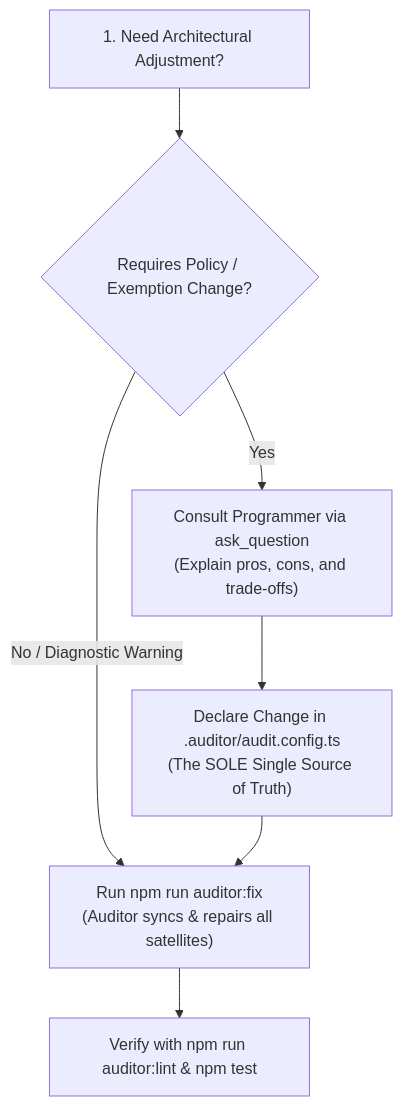
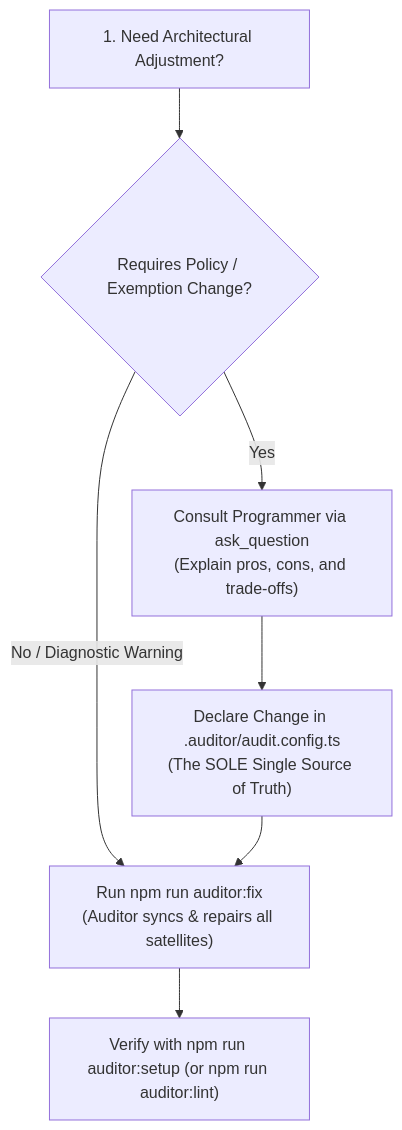
One commit to francogp/auditor changed the second of 2 diagrams in .agents/skills/auditor/references/satellite-configs-sovereignty-guide.md. Above: the diagram before and after it, drawn with Mermaid. The commit also changed other lines of this file and 101 other files, not shown here.

First line of the commit message:
fix: modernize owned agent skills, DOX hierarchy, and CLI execution flows (v10.12.5)

````diff
--- a/.agents/skills/auditor/references/satellite-configs-sovereignty-guide.md
+++ b/.agents/skills/auditor/references/satellite-configs-sovereignty-guide.md
@@ -140,9 +140,9 @@
 ```mermaid
 flowchart TD
     A["1. Need Architectural Adjustment?"] --> B{"Requires Policy / Exemption Change?"}
     B -- Yes --> C["Consult Programmer via ask_question<br/>(Explain pros, cons, and trade-offs)"]
     C --> D["Declare Change in .auditor/audit.config.ts<br/>(The SOLE Single Source of Truth)"]
     B -- No / Diagnostic Warning --> E["Run npm run auditor:fix<br/>(Auditor syncs & repairs all satellites)"]
     D --> E
-    E --> F["Verify with npm run auditor:lint & npm test"]
+    E --> F["Verify with npm run auditor:setup (or npm run auditor:lint)"]
 ```
````
